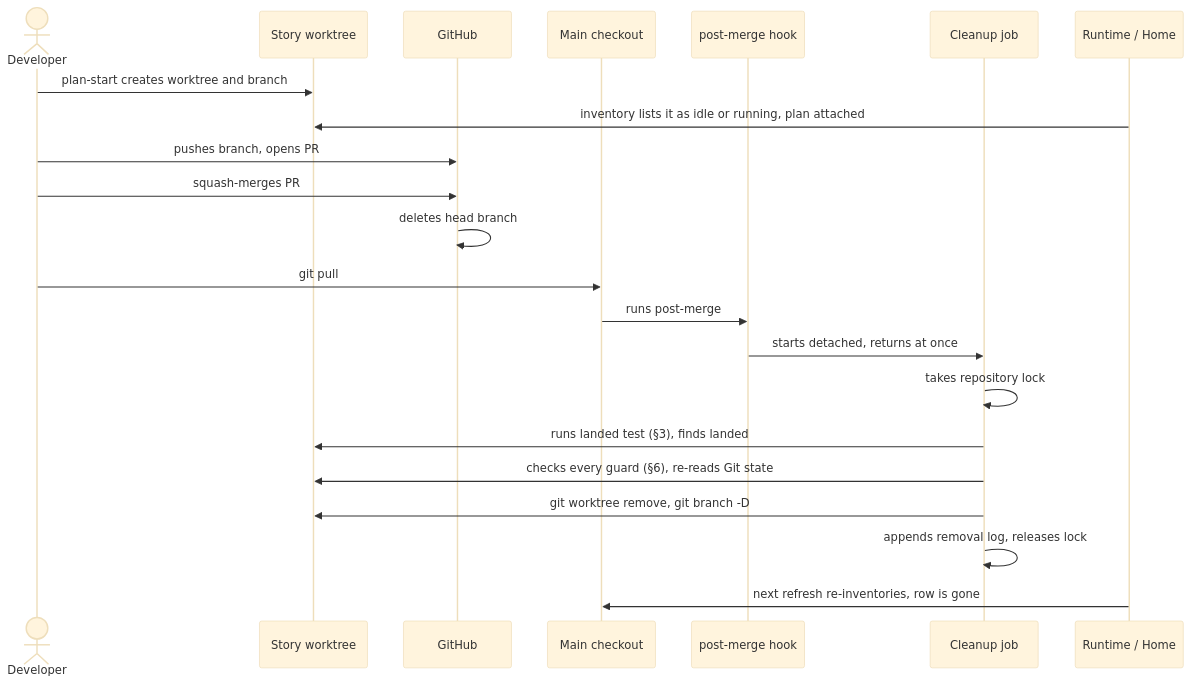
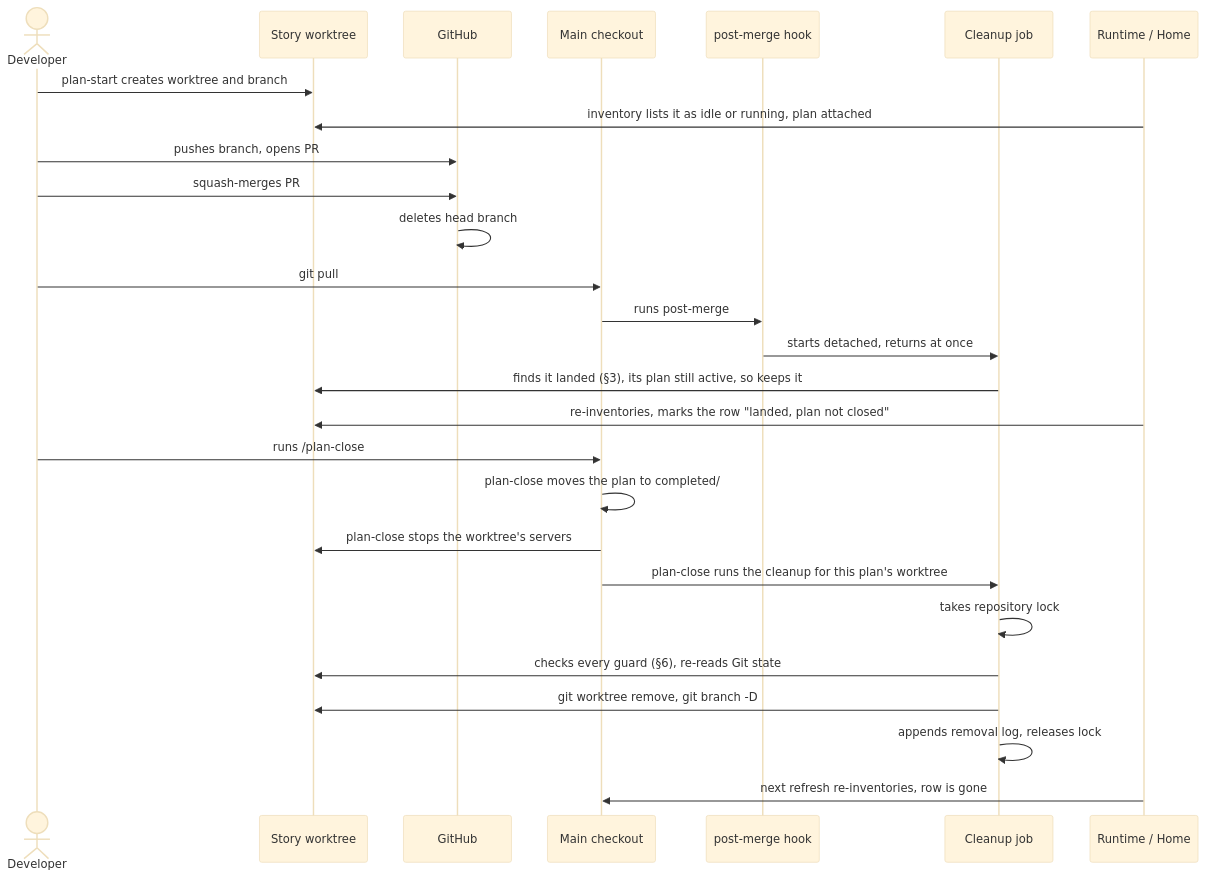
The first of 4 diagrams in docs/plans/backlog/git-worktree-lifecycle-cleanup.md (kirinmurphy/roborepo-alpha), drawn with Mermaid (base theme) before and after one commit. The commit also changed other lines of this file and 153 other files, not shown here.

````diff
--- a/docs/plans/backlog/git-worktree-lifecycle-cleanup.md
+++ b/docs/plans/backlog/git-worktree-lifecycle-cleanup.md
@@ -156,25 +198,30 @@
 ```mermaid
 sequenceDiagram
     actor Dev as Developer
     participant WT as Story worktree
     participant GH as GitHub
     participant Main as Main checkout
     participant Hook as post-merge hook
     participant Job as Cleanup job
     participant Home as Runtime / Home
 
     Dev->>WT: plan-start creates worktree and branch
     Home->>WT: inventory lists it as idle or running, plan attached
     Dev->>GH: pushes branch, opens PR
     Dev->>GH: squash-merges PR
     GH->>GH: deletes head branch
     Dev->>Main: git pull
     Main->>Hook: runs post-merge
     Hook->>Job: starts detached, returns at once
+    Job->>WT: finds it landed (§3), its plan still active, so keeps it
+    Home->>WT: re-inventories, marks the row "landed, plan not closed"
+    Dev->>Main: runs /plan-close
+    Main->>Main: plan-close moves the plan to completed/
+    Main->>WT: plan-close stops the worktree's servers
+    Main->>Job: plan-close runs the cleanup for this plan's worktree
     Job->>Job: takes repository lock
-    Job->>WT: runs landed test (§3), finds landed
     Job->>WT: checks every guard (§6), re-reads Git state
     Job->>WT: git worktree remove, git branch -D
     Job->>Job: appends removal log, releases lock
     Home->>Main: next refresh re-inventories, row is gone
 ```
````
